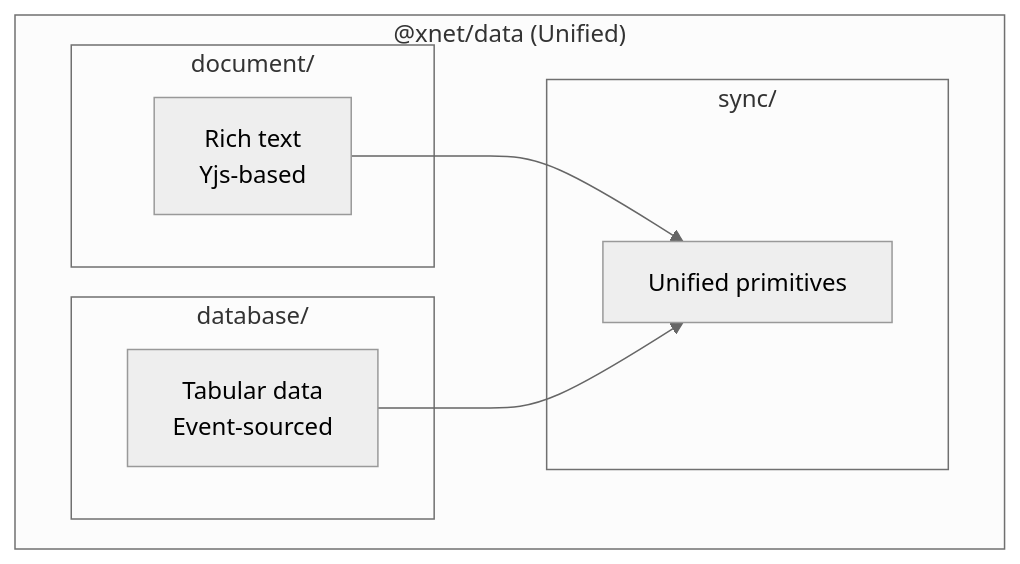
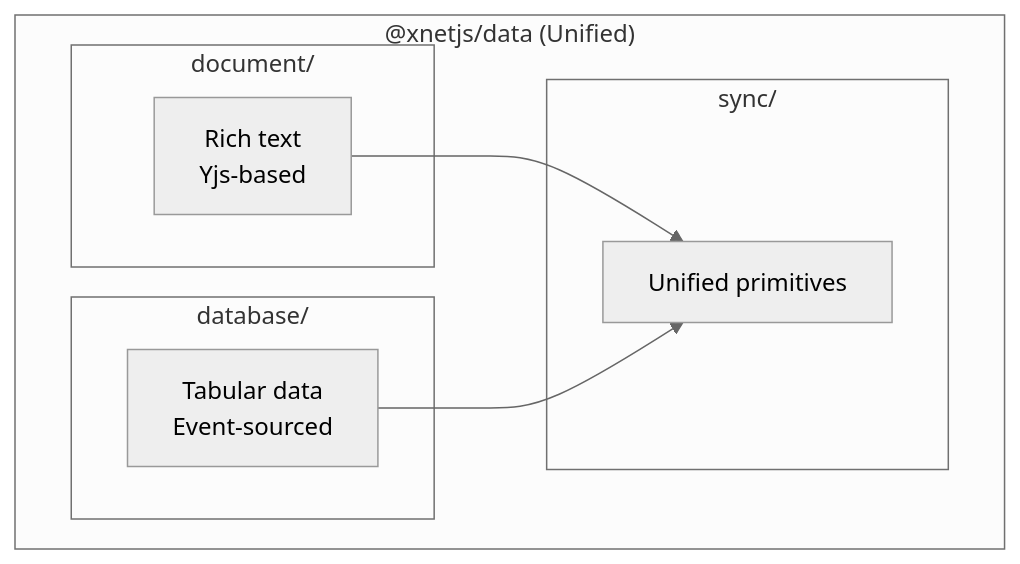
The fourth of 8 diagrams in docs/explorations/0019_[x]_CODEBASE_REVIEW.md (crs48/xNet), drawn with Mermaid (neutral theme) before and after one commit. The commit also changed other lines of this file and 980 other files, not shown here.

````diff
--- a/docs/explorations/0019_[x]_CODEBASE_REVIEW.md
+++ b/docs/explorations/0019_[x]_CODEBASE_REVIEW.md
@@ -235,17 +235,17 @@
 ```mermaid
 flowchart TD
-    subgraph unified["@xnet/data (Unified)"]
+    subgraph unified["@xnetjs/data (Unified)"]
         subgraph doc["document/"]
             DOC["Rich text<br/>Yjs-based"]
         end
         subgraph db["database/"]
             DB["Tabular data<br/>Event-sourced"]
         end
         subgraph sync["sync/"]
             SYNC["Unified primitives"]
         end
     end
 
     DOC --> SYNC
     DB --> SYNC
 ```
````
